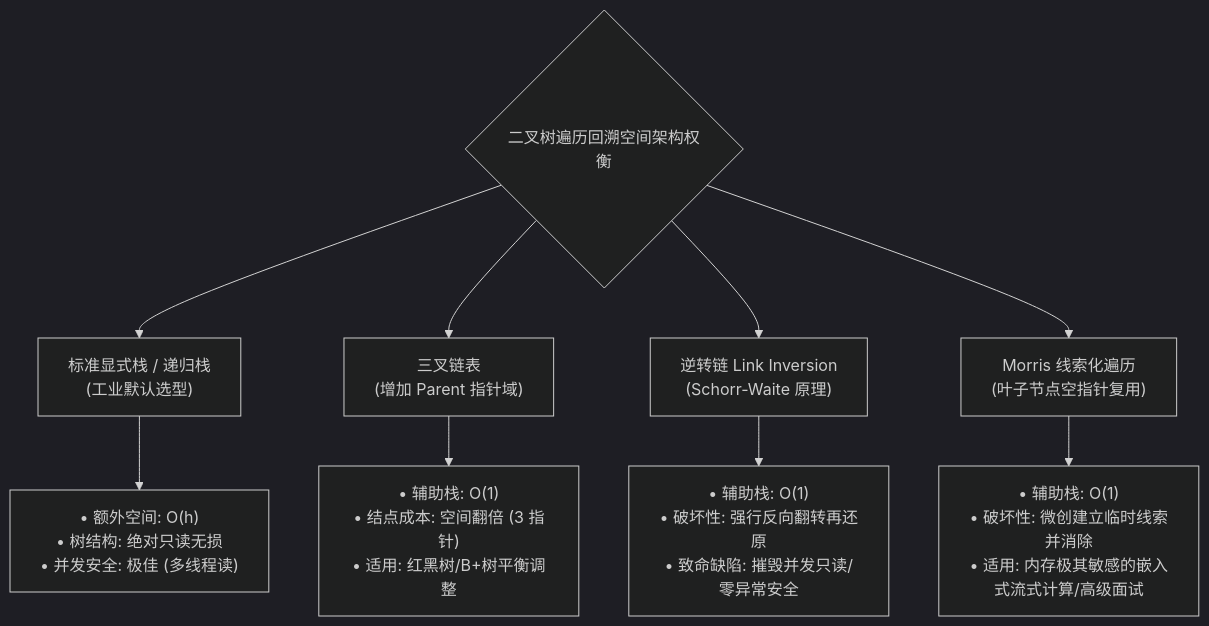
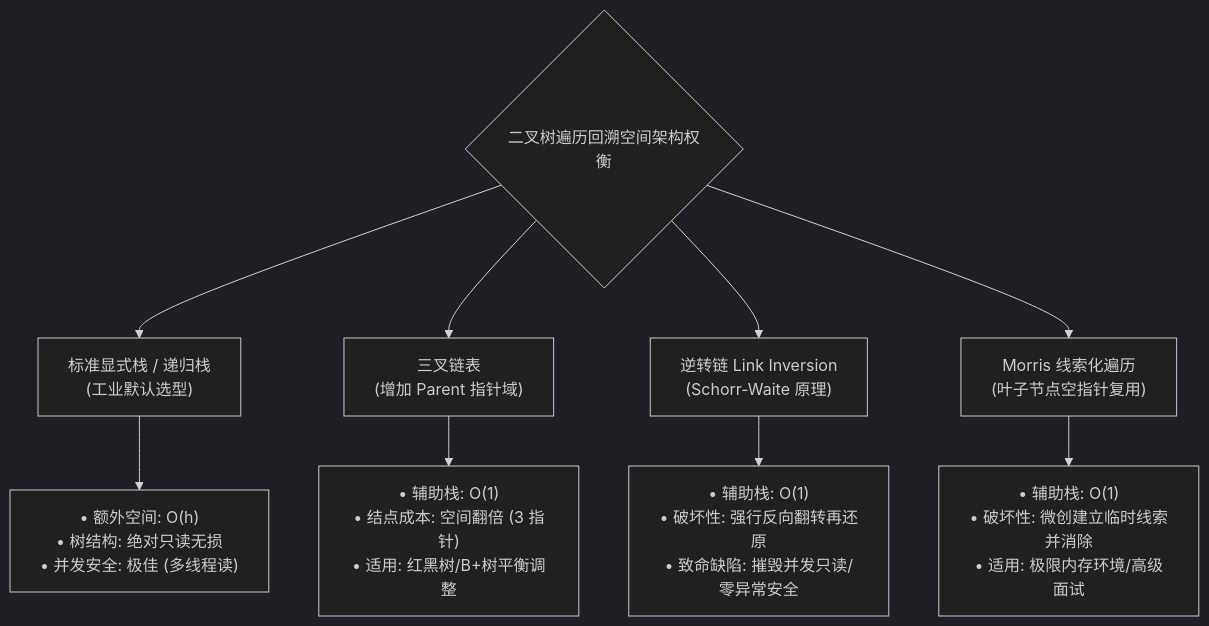
The seventh of 9 diagrams in 数据结构 第九周第二节 二叉树遍历与空间优化深度解析 专业版讲义.md (gududewangzhe/data-structures-notes), drawn with Mermaid (dark theme) before and after one commit. The commit also changed other lines of this file, not shown here.

````diff
--- a/数据结构 第九周第二节 二叉树遍历与空间优化深度解析 专业版讲义.md
+++ b/数据结构 第九周第二节 二叉树遍历与空间优化深度解析 专业版讲义.md
@@ -525,12 +576,12 @@
 ```mermaid
 flowchart TD
     ArchSelect{"二叉树遍历回溯空间架构权衡"} --> StandardStack["标准显式栈 / 递归栈<br>(工业默认选型)"]
     ArchSelect --> TriTree["三叉链表<br>(增加 Parent 指针域)"]
     ArchSelect --> LinkInv["逆转链 Link Inversion<br>(Schorr-Waite 原理)"]
     ArchSelect --> Morris["Morris 线索化遍历<br>(叶子节点空指针复用)"]
 
     StandardStack --> S1_Feat["• 额外空间: O(h)<br>• 树结构: 绝对只读无损<br>• 并发安全: 极佳 (多线程读)"]
     TriTree --> S2_Feat["• 辅助栈: O(1)<br>• 结点成本: 空间翻倍 (3 指针)<br>• 适用: 红黑树/B+树平衡调整"]
     LinkInv --> S3_Feat["• 辅助栈: O(1)<br>• 破坏性: 强行反向翻转再还原<br>• 致命缺陷: 摧毁并发只读/零异常安全"]
-    Morris --> S4_Feat["• 辅助栈: O(1)<br>• 破坏性: 微创建立临时线索并消除<br>• 适用: 内存极其敏感的嵌入式流式计算/高级面试"]
+    Morris --> S4_Feat["• 辅助栈: O(1)<br>• 破坏性: 微创建立临时线索并消除<br>• 适用: 极限内存环境/高级面试"]
 ```
````
